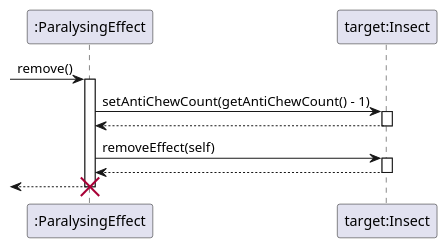
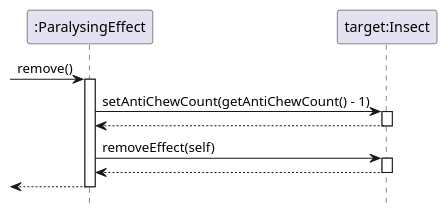
One commit to ZD4ve/projlab-error521 changed the diagram in ParalysingEffect/wearoff.pu. Above: the diagram before and after it, drawn with PlantUML. The commit also changed 23 other files, not shown here.

```diff
--- a/ParalysingEffect/wearoff.pu
+++ b/ParalysingEffect/wearoff.pu
@@ -1,24 +1,20 @@
-@startuml
+@startuml ParalysingEffect/wearoff
+hide footbox
+
 participant ":ParalysingEffect" as effect
 participant "target:Insect" as target
 
 -> effect : remove()
 activate effect
 
 effect -> target : setAntiChewCount(getAntiChewCount() - 1)
 activate target
-
-effect <-- target
-deactivate target
+return
 
 effect -> target : removeEffect(self)
 activate target
+return
 
-effect <-- target
-deactivate target
-
-<-- effect
-deactivate effect
-destroy effect
+return
 
 @enduml
```
